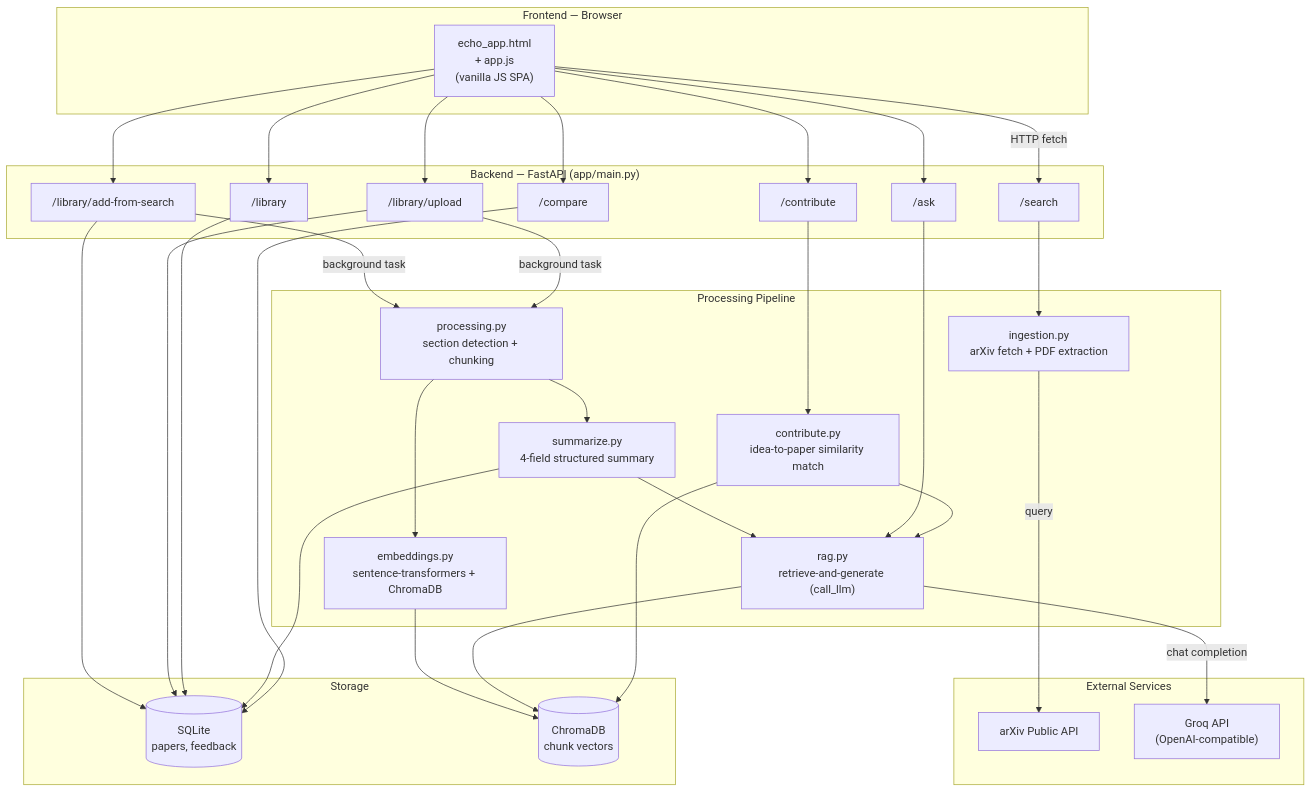
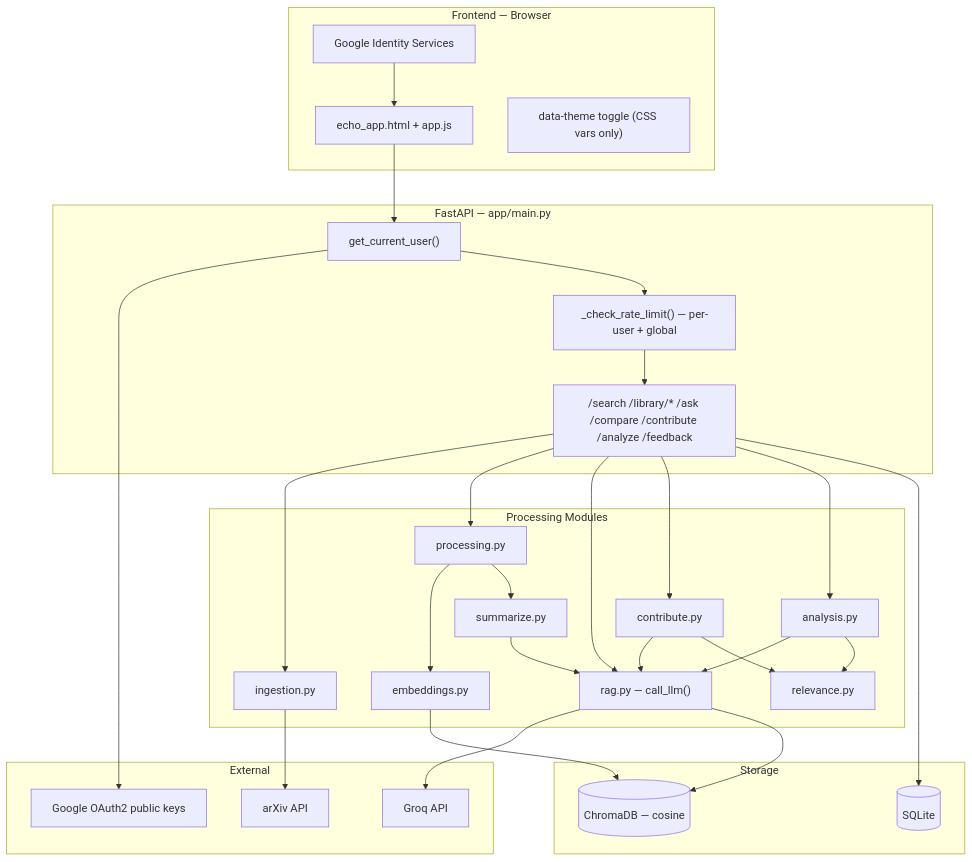
The first of 5 diagrams in README.md (MOSHO1133/Echo), drawn with Mermaid before and after one commit. The commit also changed other lines of this file, not shown here.

````diff
--- a/README.md
+++ b/README.md
@@ -77,66 +175,51 @@
 ```mermaid
 flowchart TB
     subgraph Client["Frontend — Browser"]
-        UI["echo_app.html<br/>+ app.js<br/>(vanilla JS SPA)"]
+        UI["echo_app.html + app.js"]
+        GIS["Google Identity Services"]
+        Theme["data-theme toggle (CSS vars only)"]
     end
 
-    subgraph API["Backend — FastAPI (app/main.py)"]
-        Search["/search"]
-        AddSearch["/library/add-from-search"]
-        Upload["/library/upload"]
-        Library["/library"]
-        Ask["/ask"]
-        Compare["/compare"]
-        Contribute["/contribute"]
+    subgraph API["FastAPI — app/main.py"]
+        Auth["get_current_user()"]
+        RL["_check_rate_limit() — per-user + global"]
+        Routes["/search /library/* /ask /compare /contribute /analyze /feedback"]
     end
 
-    subgraph Pipeline["Processing Pipeline"]
-        Ingestion["ingestion.py<br/>arXiv fetch + PDF extraction"]
-        Processing["processing.py<br/>section detection + chunking"]
-        Embeddings["embeddings.py<br/>sentence-transformers + ChromaDB"]
-        Summarize["summarize.py<br/>4-field structured summary"]
-        Rag["rag.py<br/>retrieve-and-generate (call_llm)"]
-        ContributeLogic["contribute.py<br/>idea-to-paper similarity match"]
+    subgraph Pipeline["Processing Modules"]
+        Ing["ingestion.py"]
+        Proc["processing.py"]
+        Emb["embeddings.py"]
+        Sum["summarize.py"]
+        Rag["rag.py — call_llm()"]
+        Con["contribute.py"]
+        Ana["analysis.py"]
+        Rel["relevance.py"]
     end
 
-    subgraph Storage["Storage"]
-        SQLite[("SQLite<br/>papers, feedback")]
-        Chroma[("ChromaDB<br/>chunk vectors")]
+    subgraph Store["Storage"]
+        SQL[("SQLite")]
+        Chroma[("ChromaDB — cosine")]
     end
 
-    subgraph External["External Services"]
-        ArxivAPI["arXiv Public API"]
-        Groq["Groq API<br/>(OpenAI-compatible)"]
+    subgraph Ext["External"]
+        GAuth["Google OAuth2 public keys"]
+        Arxiv["arXiv API"]
+        GroqAPI["Groq API"]
     end
 
-    UI -->|HTTP fetch| Search
-    UI --> AddSearch
-    UI --> Upload
-    UI --> Library
-    UI --> Ask
-    UI --> Compare
-    UI --> Contribute
-
-    Search --> Ingestion
-    Ingestion -->|query| ArxivAPI
-
-    AddSearch -->|background task| Processing
-    Upload -->|background task| Processing
-    Processing --> Embeddings
-    Embeddings --> Chroma
-    Processing --> Summarize
-    Summarize --> Rag
-    Rag -->|chat completion| Groq
+    GIS --> UI --> Auth
+    Auth --> GAuth
+    Auth --> RL --> Routes
+    Routes --> Ing --> Arxiv
+    Routes --> Proc --> Emb --> Chroma
+    Proc --> Sum --> Rag
+    Routes --> Rag
+    Routes --> Con --> Rag
+    Routes --> Ana --> Rag
+    Con --> Rel
+    Ana --> Rel
+    Rag --> GroqAPI
     Rag --> Chroma
-
-    Ask --> Rag
-    Contribute --> ContributeLogic
-    ContributeLogic --> Rag
-    ContributeLogic --> Chroma
-
-    AddSearch --> SQLite
-    Upload --> SQLite
-    Library --> SQLite
-    Summarize --> SQLite
-    Compare --> SQLite
+    Routes --> SQL
 ```
````
